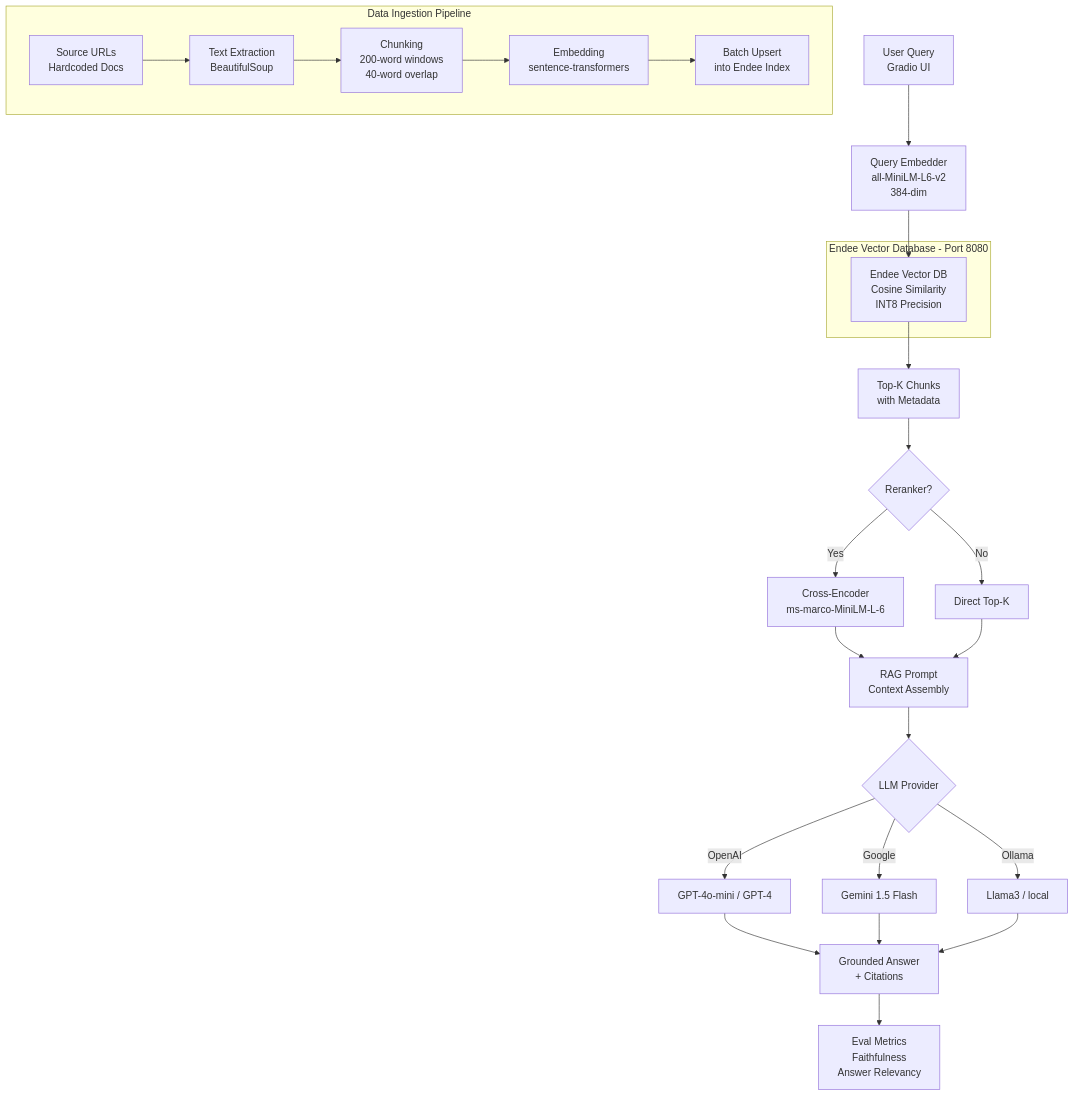
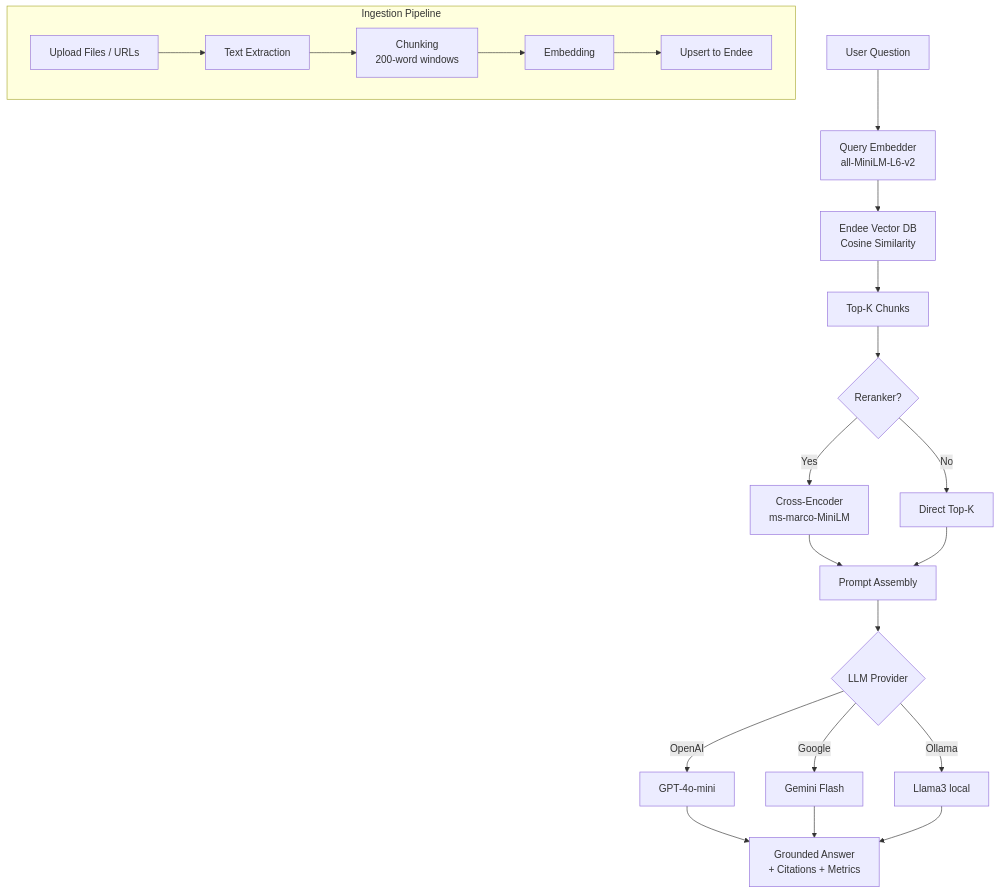
The diagram in README.md (sourya-07/endee_assignment), drawn with Mermaid before and after one commit. The commit also changed other lines of this file and 2 other files, not shown here.

````diff
--- a/README.md
+++ b/README.md
@@ -27,30 +179,25 @@
 ```mermaid
 flowchart TD
-    A[User Query\nGradio UI] --> B[Query Embedder\nall-MiniLM-L6-v2\n384-dim]
-    B --> C[Endee Vector DB\nCosine Similarity\nINT8 Precision]
-    C --> D[Top-K Chunks\nwith Metadata]
+    A[User Question] --> B[Query Embedder<br/>all-MiniLM-L6-v2]
+    B --> C[Endee Vector DB<br/>Cosine Similarity]
+    C --> D[Top-K Chunks]
     D --> E{Reranker?}
-    E -->|Yes| F[Cross-Encoder\nms-marco-MiniLM-L-6]
+    E -->|Yes| F[Cross-Encoder<br/>ms-marco-MiniLM]
     E -->|No| G[Direct Top-K]
-    F --> H[RAG Prompt\nContext Assembly]
+    F --> H[Prompt Assembly]
     G --> H
     H --> I{LLM Provider}
-    I -->|OpenAI| J[GPT-4o-mini / GPT-4]
-    I -->|Google| K[Gemini 1.5 Flash]
-    I -->|Ollama| L[Llama3 / local]
-    J --> M[Grounded Answer\n+ Citations]
+    I -->|OpenAI| J[GPT-4o-mini]
+    I -->|Google| K[Gemini Flash]
+    I -->|Ollama| L[Llama3 local]
+    J --> M[Grounded Answer<br/>+ Citations + Metrics]
     K --> M
     L --> M
-    M --> N[Eval Metrics\nFaithfulness\nAnswer Relevancy]
 
-    subgraph Endee[Endee Vector Database - Port 8080]
-        C
-    end
-
-    subgraph Ingestion[Data Ingestion Pipeline]
-        P[Source URLs\nHardcoded Docs] --> Q[Text Extraction\nBeautifulSoup]
-        Q --> R[Chunking\n200-word windows\n40-word overlap]
-        R --> S[Embedding\nsentence-transformers]
-        S --> T[Batch Upsert\ninto Endee Index]
+    subgraph Ingestion Pipeline
+        P[Upload Files / URLs] --> Q[Text Extraction]
+        Q --> R[Chunking<br/>200-word windows]
+        R --> S[Embedding]
+        S --> T[Upsert to Endee]
     end
 ```
````
